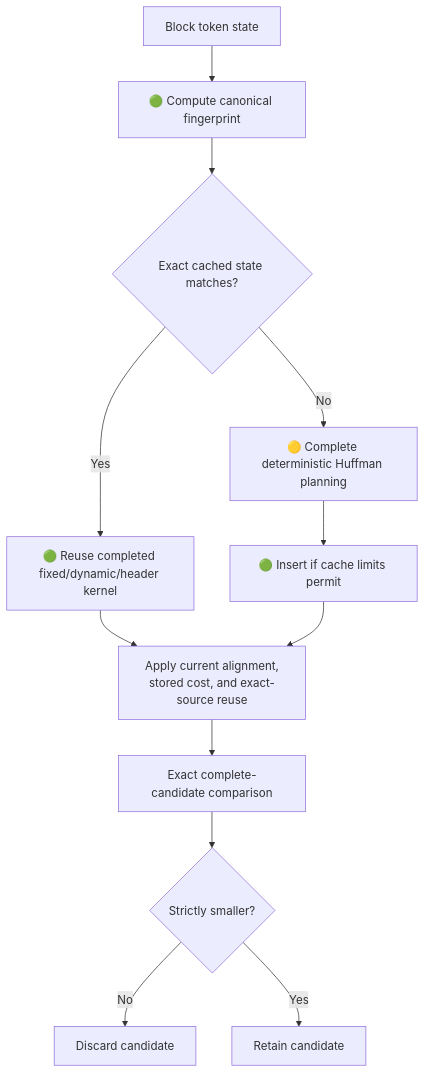
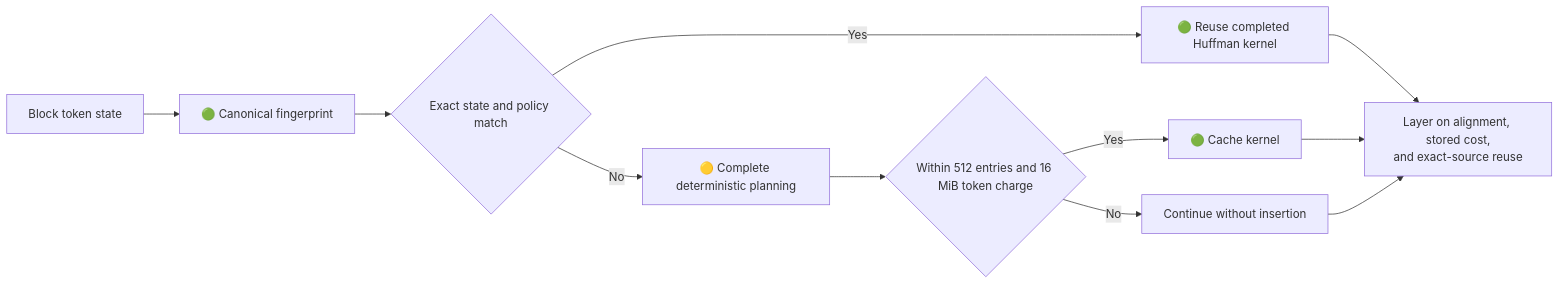
The sixth of 6 diagrams in docs/routes-and-methods.md (ace-dent/columbo), drawn with Mermaid before and after one commit. The commit also changed other lines of this file, not shown here.

````diff
--- a/docs/routes-and-methods.md
+++ b/docs/routes-and-methods.md
@@ -154,17 +464,13 @@
 ```mermaid
-flowchart TD
-    C["Block token state"] --> FP["🟢 Compute canonical fingerprint"]
-    FP --> MATCH{"Exact cached state matches?"}
-
-    MATCH -- "Yes" --> CACHE["🟢 Reuse completed fixed/dynamic/header kernel"]
-    MATCH -- "No" --> PLAN["🟡 Complete deterministic Huffman planning"]
-    PLAN --> INSERT["🟢 Insert if cache limits permit"]
-
-    CACHE --> ALIGN["Apply current alignment,<br/>stored cost, and exact-source reuse"]
-    INSERT --> ALIGN
-    ALIGN --> COMPARE["Exact complete-candidate comparison"]
-
-    COMPARE --> IMPROVE{"Strictly smaller?"}
-    IMPROVE -- "No" --> STOP["Discard candidate"]
-    IMPROVE -- "Yes" --> KEEP["Retain candidate"]
+flowchart LR
+    STATE["Block token state"] --> FP["🟢 Canonical fingerprint"]
+    FP --> HIT{"Exact state and policy match"}
+    HIT -- "Yes" --> REUSE["🟢 Reuse completed Huffman kernel"]
+    HIT -- "No" --> PLAN["🟡 Complete deterministic planning"]
+    PLAN --> INSERT{"Within 512 entries and 16 MiB token charge"}
+    INSERT -- "Yes" --> STORE["🟢 Cache kernel"]
+    INSERT -- "No" --> SAFE["Continue without insertion"]
+    REUSE --> ALIGN["Layer on alignment, stored cost,<br/>and exact-source reuse"]
+    STORE --> ALIGN
+    SAFE --> ALIGN
 ```
````
